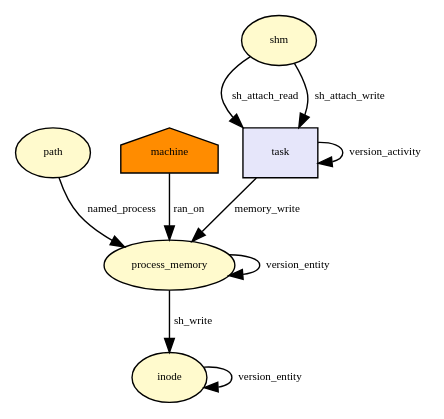
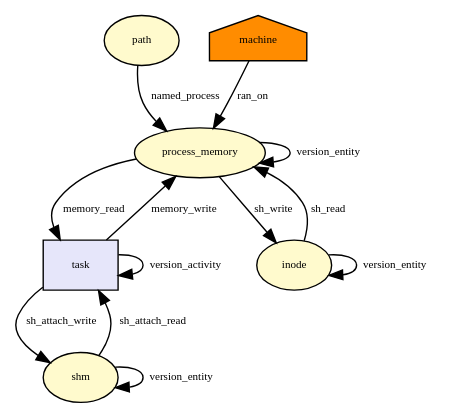
One commit to CamFlow/camflow-dev changed the diagram in docs/dot/shm_shmat.dot. Above: the diagram before and after it, drawn with Graphviz. The commit also changed 6 other files, not shown here.

```diff
--- a/docs/dot/shm_shmat.dot
+++ b/docs/dot/shm_shmat.dot
@@ -1,31 +1,37 @@
 digraph RGL__DirectedAdjacencyGraph {path[fontsize = 8,label = path,shape = ellipse, fillcolor="#fffacd", style = filled]
 
 process_memory[fontsize = 8,label = process_memory,shape = ellipse, fillcolor="#fffacd", style = filled]
 
 path -> process_memory[fontsize = 8,label = named_process]
 
 machine[fontsize = 8,label = machine,shape = house, fillcolor="#ff8c00", style = filled]
 
 machine -> process_memory[fontsize = 8,label = ran_on]
 
 shm[fontsize = 8,label = shm,shape = ellipse, fillcolor="#fffacd", style = filled]
 
 task[fontsize = 8,label = task,shape = rectangle, fillcolor="#e6e6fa", style = filled]
 
 shm -> task[fontsize = 8,label = sh_attach_read]
 
 task -> process_memory[fontsize = 8,label = memory_write]
 
 task -> task[fontsize = 8,label = version_activity]
 
 process_memory -> process_memory[fontsize = 8,label = version_entity]
 
 inode[fontsize = 8,label = inode,shape = ellipse, fillcolor="#fffacd", style = filled]
 
 process_memory -> inode[fontsize = 8,label = sh_write]
 
 inode -> inode[fontsize = 8,label = version_entity]
 
-shm -> task[fontsize = 8,label = sh_attach_write]
+process_memory -> task[fontsize = 8,label = memory_read]
+
+task -> shm[fontsize = 8,label = sh_attach_write]
+
+shm -> shm[fontsize = 8,label = version_entity]
+
+inode -> process_memory[fontsize = 8,label = sh_read]
 
 }
```
